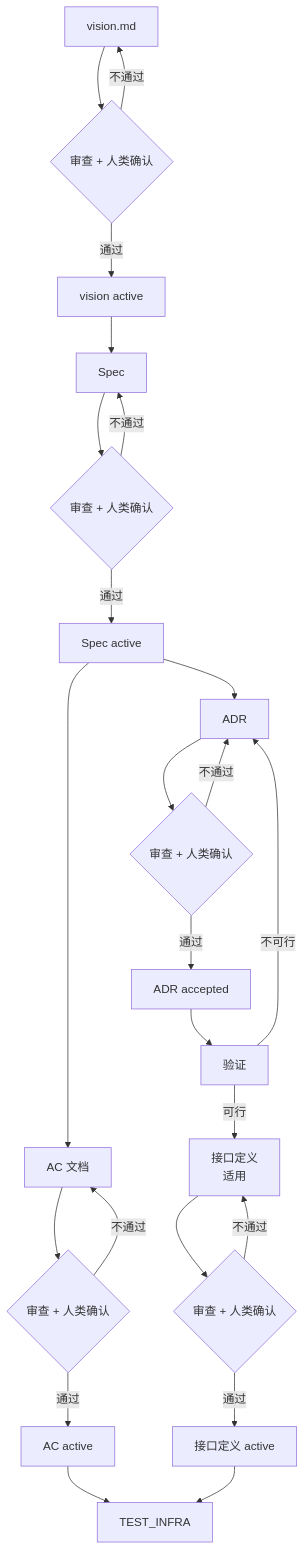
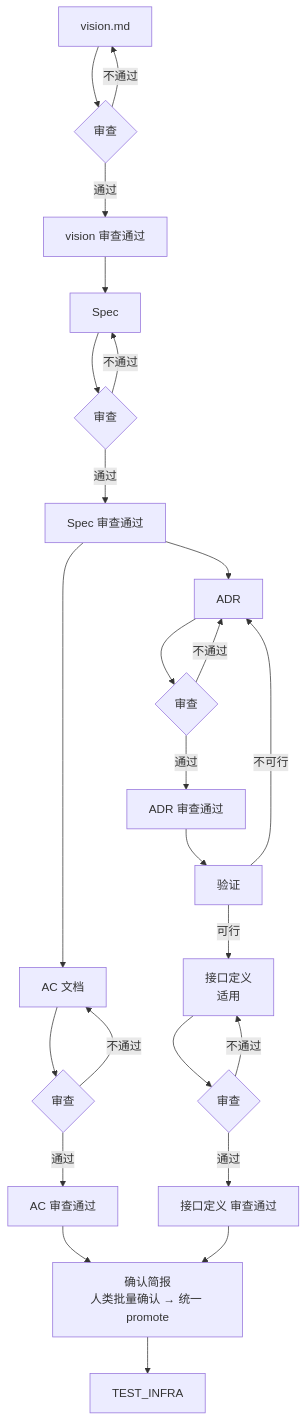
One commit to vlln/devloop changed the diagram in skills/devloop/references/phase-design.md. Above: the diagram before and after it, drawn with Mermaid. The commit also changed other lines of this file and 3 other files, not shown here.

First line of the commit message:
docs(skill): 确认按批 + TEST_INFRA 增量检查

````diff
--- a/skills/devloop/references/phase-design.md
+++ b/skills/devloop/references/phase-design.md
@@ -13,23 +13,24 @@
 ```mermaid
 flowchart TD
-    V[vision.md] --> VG{审查 + 人类确认} -->|通过| VOK[vision active]
+    V[vision.md] --> VG{审查} -->|通过| VOK[vision 审查通过]
     VG -->|不通过| V
     VOK --> DS[Spec]
-    DS --> DSG{审查 + 人类确认} -->|通过| DSOK[Spec active]
+    DS --> DSG{审查} -->|通过| DSOK[Spec 审查通过]
     DSG -->|不通过| DS
     DSOK --> AC[AC 文档]
     DSOK --> ADR[ADR]
-    AC --> ACG{审查 + 人类确认}
-    ADR --> ADRG{审查 + 人类确认}
-    ACG -->|通过| ACOK[AC active]
-    ADRG -->|通过| ADROK[ADR accepted]
+    AC --> ACG{审查}
+    ADR --> ADRG{审查}
+    ACG -->|通过| ACOK[AC 审查通过]
+    ADRG -->|通过| ADROK[ADR 审查通过]
     ACG -->|不通过| AC
     ADRG -->|不通过| ADR
     ADROK --> VERIFY[验证]
     VERIFY -->|可行| IF[接口定义<br/>适用]
     VERIFY -->|不可行| ADR
-    IF --> IFG{审查 + 人类确认} -->|通过| IFOK[接口定义 active]
+    IF --> IFG{审查} -->|通过| IFOK[接口定义 审查通过]
     IFG -->|不通过| IF
-    ACOK --> TST[TEST_INFRA]
-    IFOK --> TST
+    ACOK --> CONF[确认简报<br/>人类批量确认 → 统一 promote]
+    IFOK --> CONF
+    CONF --> TST[TEST_INFRA]
 ```
````
